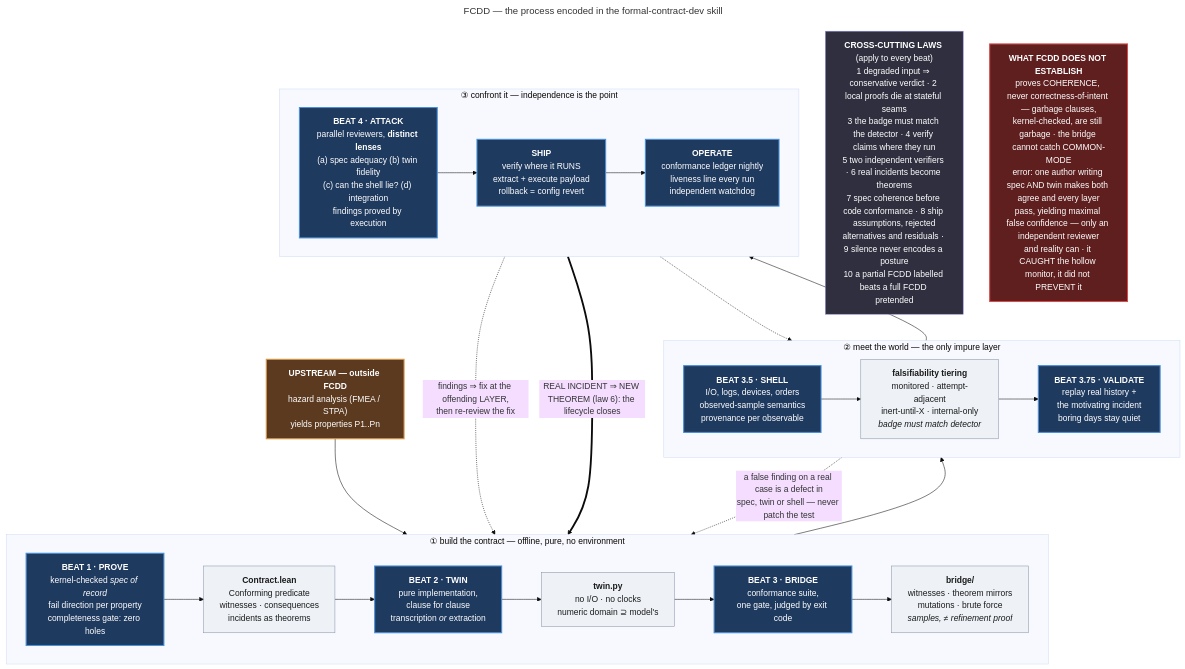
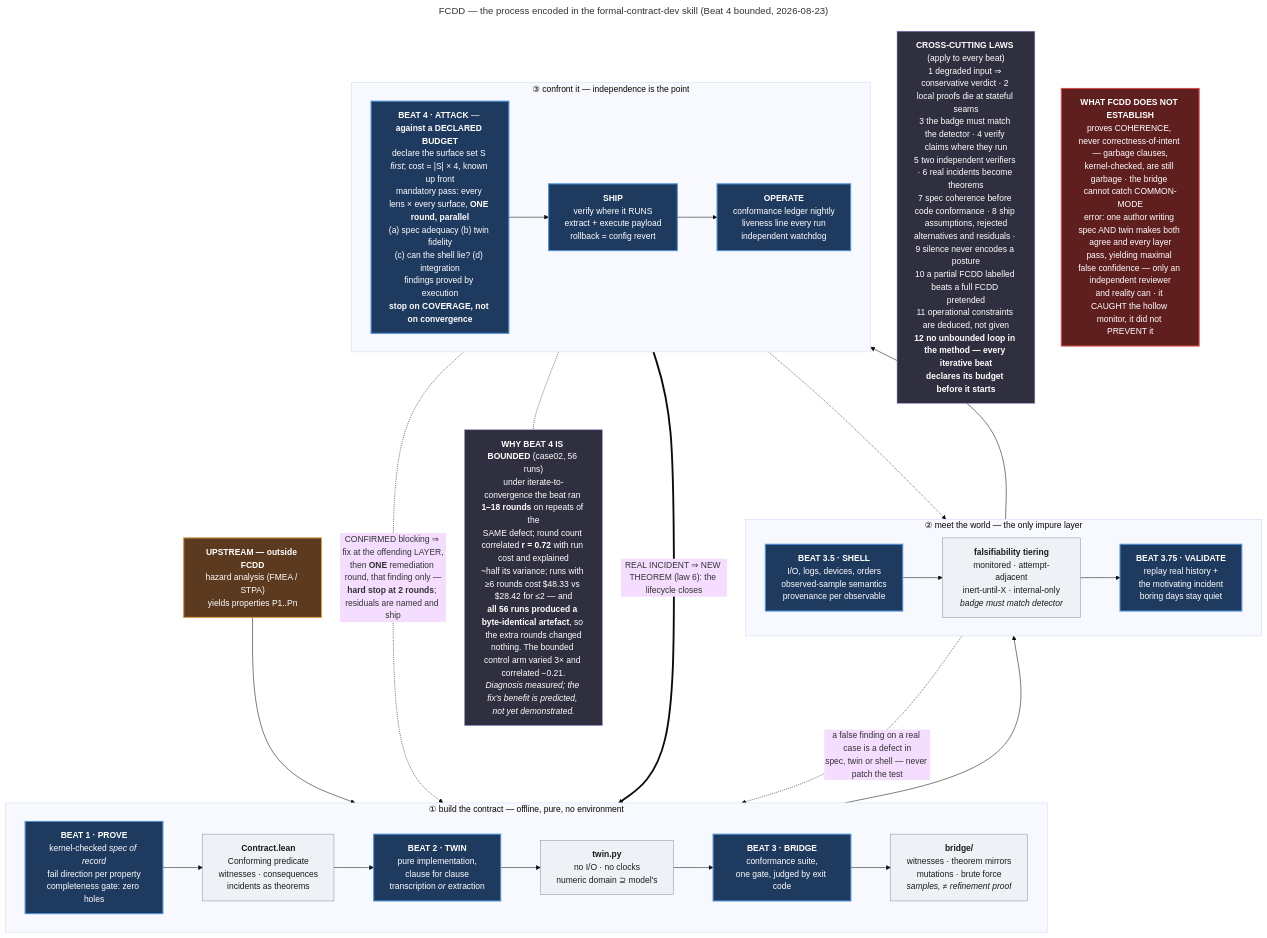
Before and after one commit to cosmindxu/fcdd-lab: the diagram in case01_spectrum_gambit/figures/fcdd_process.mmd, drawn with Mermaid (base theme). The commit also changed 12 other files, not shown here.

```diff
--- a/case01_spectrum_gambit/figures/fcdd_process.mmd
+++ b/case01_spectrum_gambit/figures/fcdd_process.mmd
@@ -1,51 +1,55 @@
 ---
-title: "FCDD — the process encoded in the formal-contract-dev skill"
+title: "FCDD — the process encoded in the formal-contract-dev skill (Beat 4 bounded, 2026-08-23)"
 ---
 flowchart TB
     classDef beat fill:#1f3a5f,stroke:#4a90d9,stroke-width:2px,color:#ffffff
     classDef art fill:#eef2f7,stroke:#8a94a6,stroke-width:1px,color:#1a1a1a
     classDef out fill:#5c3a1f,stroke:#d99a4a,stroke-width:2px,color:#ffffff
     classDef res fill:#5f1f1f,stroke:#d94a4a,stroke-width:2px,color:#ffffff
     classDef law fill:#2f2f3f,stroke:#8a8ad9,stroke-width:1px,color:#ffffff
 
     UP["<b>UPSTREAM — outside FCDD</b><br/>hazard analysis (FMEA / STPA)<br/>yields properties P1..Pn"]:::out
 
     subgraph PURE["① build the contract — offline, pure, no environment"]
         direction LR
         B1["<b>BEAT 1 · PROVE</b><br/>kernel-checked <i>spec of record</i><br/>fail direction per property<br/>completeness gate: zero holes"]:::beat
         A1["<b>Contract.lean</b><br/>Conforming predicate<br/>witnesses · consequences<br/>incidents as theorems"]:::art
         B2["<b>BEAT 2 · TWIN</b><br/>pure implementation,<br/>clause for clause<br/>transcription <i>or</i> extraction"]:::beat
         A2["<b>twin.py</b><br/>no I/O · no clocks<br/>numeric domain ⊇ model's"]:::art
         B3["<b>BEAT 3 · BRIDGE</b><br/>conformance suite,<br/>one gate, judged by exit code"]:::beat
         A3["<b>bridge/</b><br/>witnesses · theorem mirrors<br/>mutations · brute force<br/><i>samples, ≠ refinement proof</i>"]:::art
         B1 --> A1 --> B2 --> A2 --> B3 --> A3
     end
 
     subgraph WORLD["② meet the world — the only impure layer"]
         direction LR
         B35["<b>BEAT 3.5 · SHELL</b><br/>I/O, logs, devices, orders<br/>observed-sample semantics<br/>provenance per observable"]:::beat
         A35["<b>falsifiability tiering</b><br/>monitored · attempt-adjacent<br/>inert-until-X · internal-only<br/><i>badge must match detector</i>"]:::art
         B375["<b>BEAT 3.75 · VALIDATE</b><br/>replay real history +<br/>the motivating incident<br/>boring days stay quiet"]:::beat
         B35 --> A35 --> B375
     end
 
     subgraph ADVERSARY["③ confront it — independence is the point"]
         direction LR
-        B4["<b>BEAT 4 · ATTACK</b><br/>parallel reviewers, <b>distinct lenses</b><br/>(a) spec adequacy (b) twin fidelity<br/>(c) can the shell lie? (d) integration<br/>findings proved by execution"]:::beat
+        B4["<b>BEAT 4 · ATTACK</b> — <b>against a DECLARED BUDGET</b><br/>declare the surface set S <i>first</i>; cost = |S| × 4, known up front<br/>mandatory pass: every lens × every surface, <b>ONE round, parallel</b><br/>(a) spec adequacy (b) twin fidelity<br/>(c) can the shell lie? (d) integration<br/>findings proved by execution<br/><b>stop on COVERAGE, not on convergence</b>"]:::beat
         SHIP["<b>SHIP</b><br/>verify where it RUNS<br/>extract + execute payload<br/>rollback = config revert"]:::beat
         OPS["<b>OPERATE</b><br/>conformance ledger nightly<br/>liveness line every run<br/>independent watchdog"]:::beat
         B4 --> SHIP --> OPS
     end
 
     UP --> B1
     A3 --> B35
     B375 --> B4
 
-    B4 -. "findings ⇒ fix at the offending LAYER,<br/>then re-review the fix" .-> B1
+    B4 -. "CONFIRMED blocking ⇒ fix at the offending LAYER,<br/>then <b>ONE</b> remediation round, that finding only —<br/><b>hard stop at 2 rounds</b>; residuals are named and ship" .-> B1
     B4 -.-> B35
     B375 -. "a false finding on a real case is a defect in<br/>spec, twin or shell — never patch the test" .-> B1
     OPS == "REAL INCIDENT ⇒ NEW THEOREM (law 6): the lifecycle closes" ==> B1
 
-    LAWS["<b>CROSS-CUTTING LAWS</b> (apply to every beat)<br/>1 degraded input ⇒ conservative verdict · 2 local proofs die at stateful seams<br/>3 the badge must match the detector · 4 verify claims where they run<br/>5 two independent verifiers · 6 real incidents become theorems<br/>7 spec coherence before code conformance · 8 ship assumptions, rejected<br/>alternatives and residuals · 9 silence never encodes a posture<br/>10 a partial FCDD labelled beats a full FCDD pretended"]:::law
+    LAWS["<b>CROSS-CUTTING LAWS</b> (apply to every beat)<br/>1 degraded input ⇒ conservative verdict · 2 local proofs die at stateful seams<br/>3 the badge must match the detector · 4 verify claims where they run<br/>5 two independent verifiers · 6 real incidents become theorems<br/>7 spec coherence before code conformance · 8 ship assumptions, rejected<br/>alternatives and residuals · 9 silence never encodes a posture<br/>10 a partial FCDD labelled beats a full FCDD pretended<br/>11 operational constraints are deduced, not given<br/><b>12 no unbounded loop in the method — every iterative beat<br/>declares its budget before it starts</b>"]:::law
+
+    WHY["<b>WHY BEAT 4 IS BOUNDED</b> (case02, 56 runs)<br/>under iterate-to-convergence the beat ran <b>1–18 rounds</b> on repeats of the<br/>SAME defect; round count correlated <b>r = 0.72</b> with run cost and explained<br/>~half its variance; runs with ≥6 rounds cost $48.33 vs $28.42 for ≤2 — and<br/><b>all 56 runs produced a byte-identical artefact</b>, so the extra rounds changed<br/>nothing. The bounded control arm varied 3× and correlated −0.21.<br/><i>Diagnosis measured; the fix's benefit is predicted, not yet demonstrated.</i>"]:::law
+
+    B4 -.- WHY
 
     RES["<b>WHAT FCDD DOES NOT ESTABLISH</b><br/>proves COHERENCE, never correctness-of-intent — garbage clauses,<br/>kernel-checked, are still garbage · the bridge cannot catch COMMON-MODE<br/>error: one author writing spec AND twin makes both agree and every layer<br/>pass, yielding maximal false confidence — only an independent reviewer<br/>and reality can · it CAUGHT the hollow monitor, it did not PREVENT it"]:::res
```
